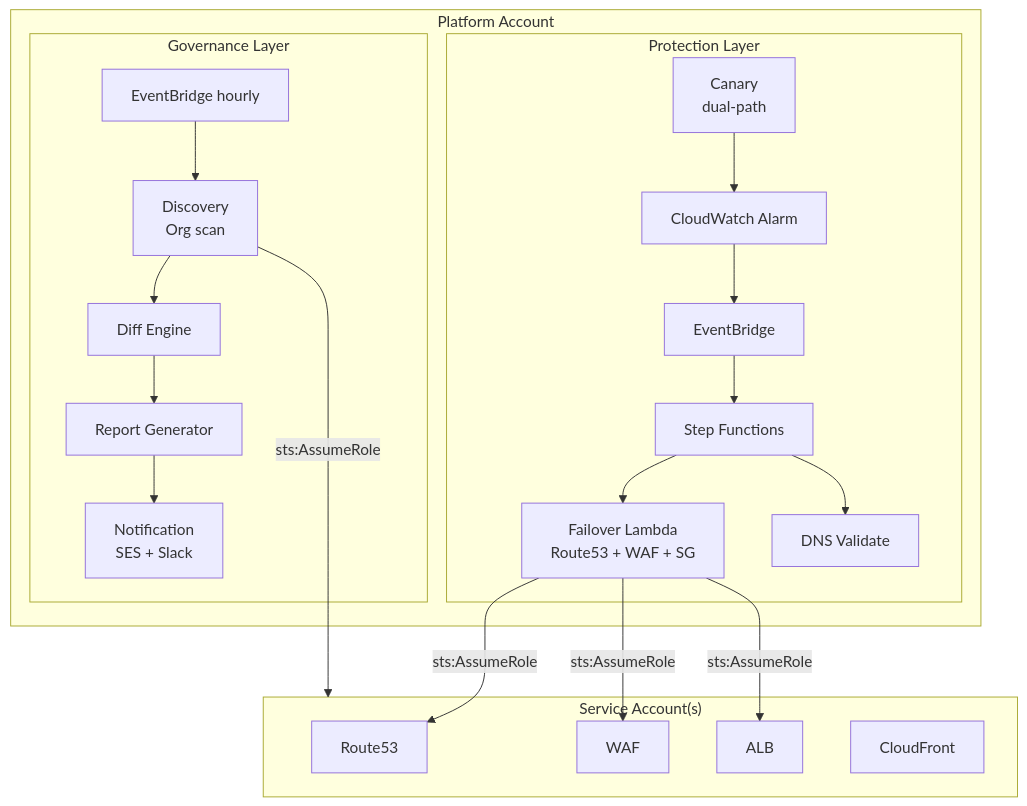
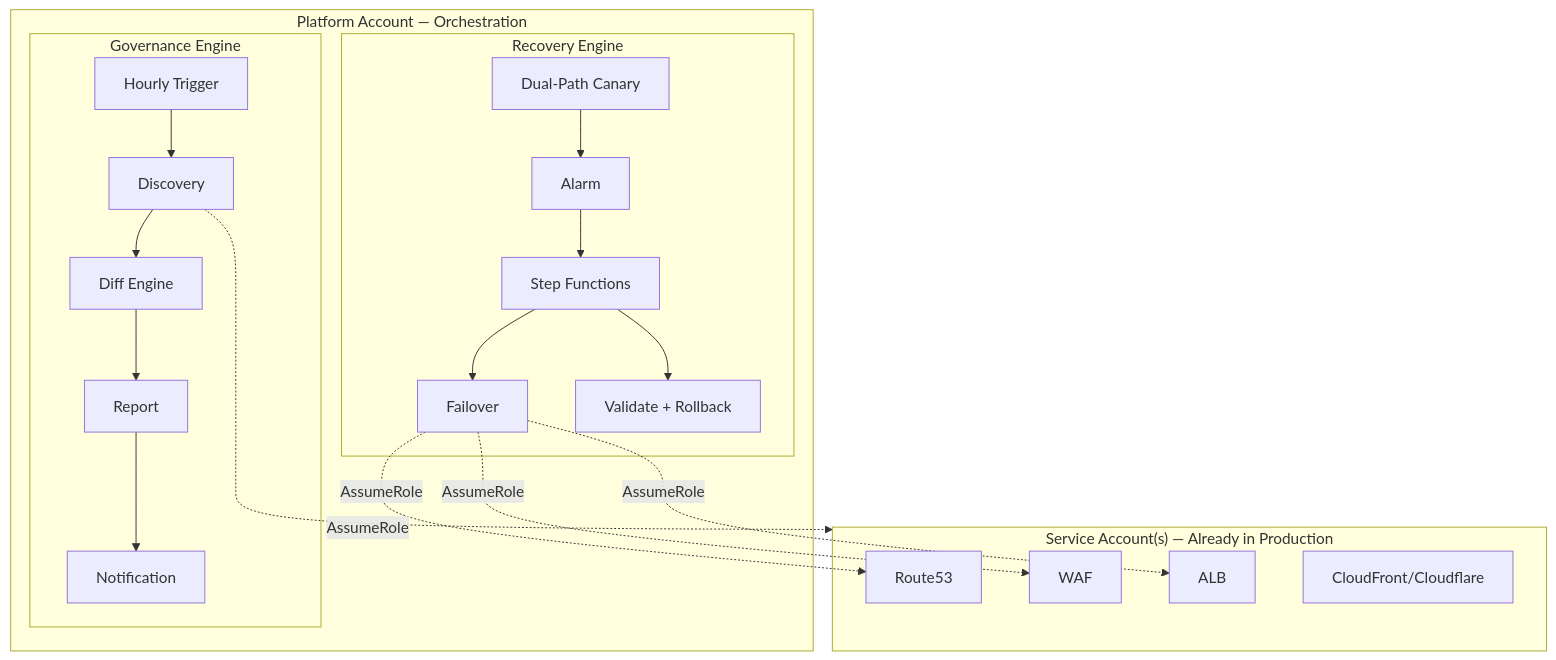
The second of 3 diagrams in README.md (simson0130/eerf), drawn with Mermaid before and after one commit. The commit also changed other lines of this file, not shown here.

````diff
--- a/README.md
+++ b/README.md
@@ -105,30 +85,29 @@
 ```mermaid
 graph TB
-    subgraph Platform["Platform Account"]
-        subgraph Protection["Protection Layer"]
-            Canary[Canary<br/>dual-path] --> Alarm[CloudWatch Alarm]
-            Alarm --> EB[EventBridge]
-            EB --> SFN[Step Functions]
-            SFN --> FO[Failover Lambda<br/>Route53 + WAF + SG]
-            SFN --> Validate[DNS Validate]
+    subgraph Platform["Platform Account — Orchestration"]
+        subgraph Protection["Recovery Engine"]
+            Canary[Dual-Path Canary] --> Alarm[Alarm]
+            Alarm --> SFN[Step Functions]
+            SFN --> FO[Failover]
+            SFN --> Validate[Validate + Rollback]
         end
-        subgraph Governance["Governance Layer"]
-            Schedule[EventBridge hourly] --> Discovery[Discovery<br/>Org scan]
+        subgraph Governance["Governance Engine"]
+            Schedule[Hourly Trigger] --> Discovery[Discovery]
             Discovery --> Diff[Diff Engine]
-            Diff --> Report[Report Generator]
-            Report --> Notify[Notification<br/>SES + Slack]
+            Diff --> Report[Report]
+            Report --> Notify[Notification]
         end
     end
     
-    subgraph Service["Service Account(s)"]
-        R53[Route53]
+    subgraph Service["Service Account(s) — Already in Production"]
+        R53[Route53] 
         WAF[WAF]
         ALB[ALB]
-        CF[CloudFront]
+        CF[CloudFront/Cloudflare]
     end
     
-    FO -->|sts:AssumeRole| R53
-    FO -->|sts:AssumeRole| WAF
-    FO -->|sts:AssumeRole| ALB
-    Discovery -->|sts:AssumeRole| Service
+    FO -.->|AssumeRole| R53
+    FO -.->|AssumeRole| WAF
+    FO -.->|AssumeRole| ALB
+    Discovery -.->|AssumeRole| Service
 ```
````
